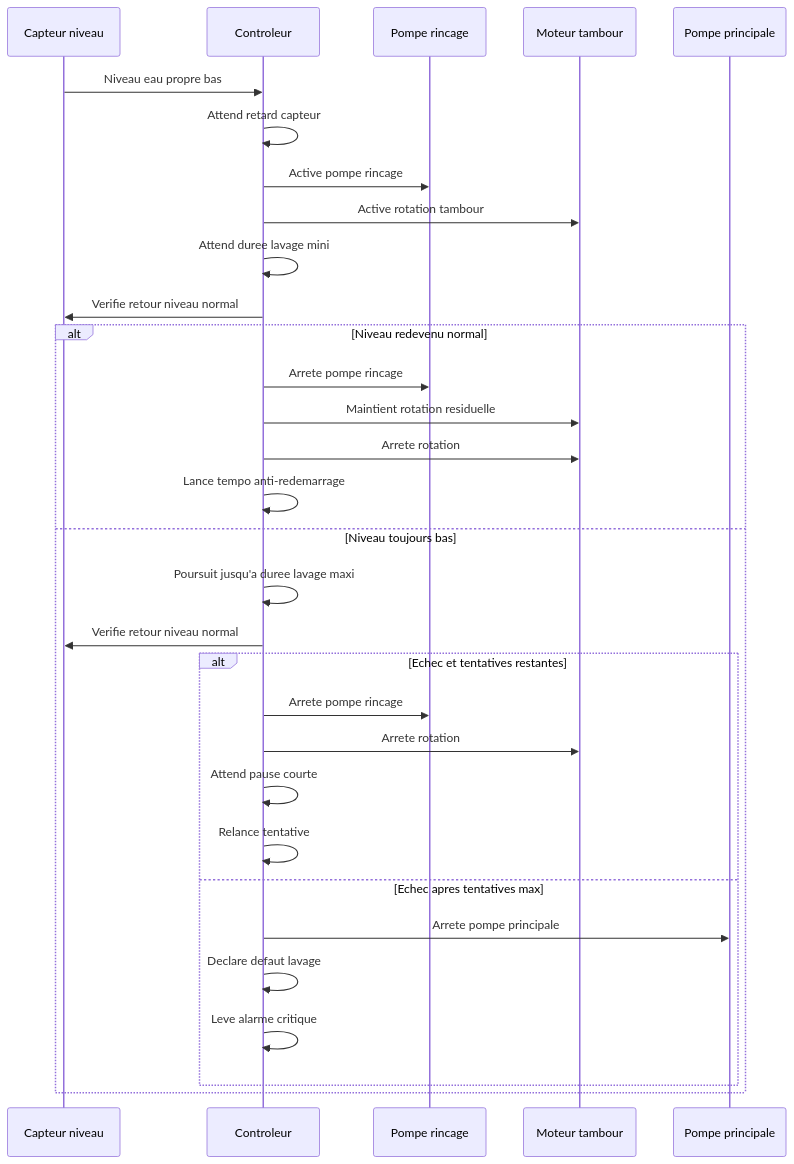
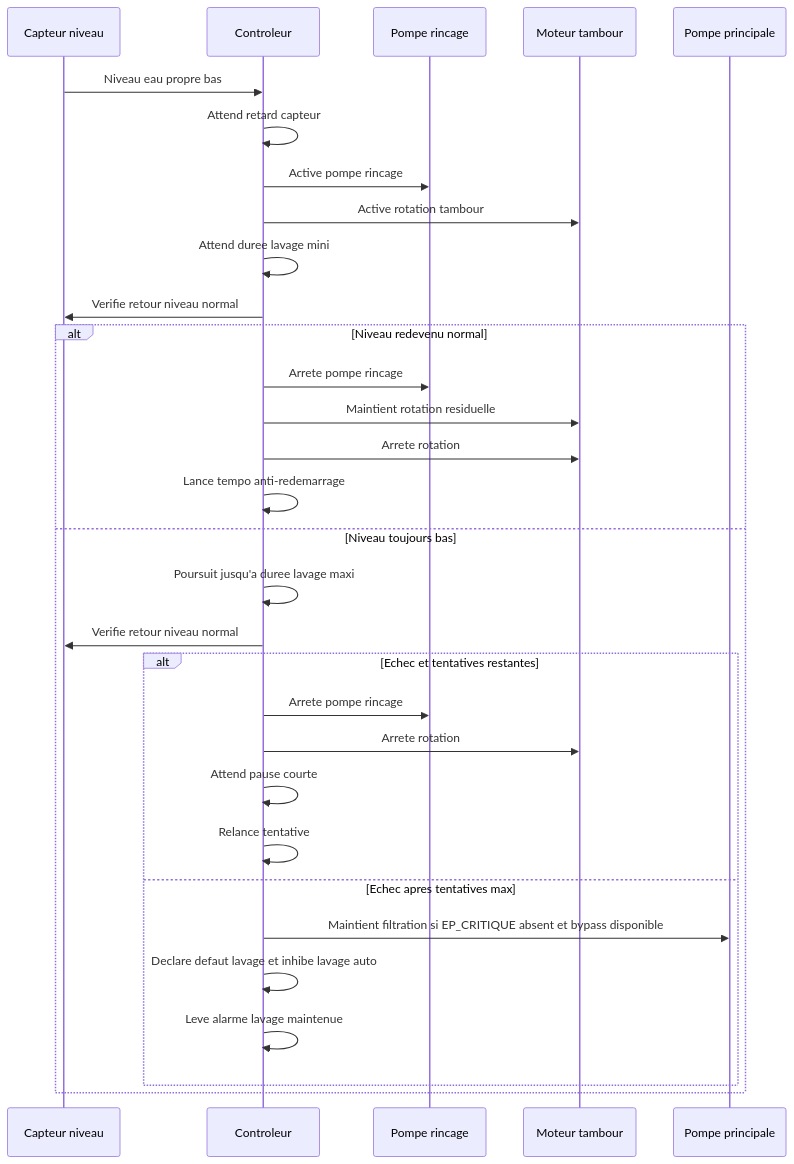
The first of 3 diagrams in docs/specification/02-exigences-fonctionnelles.md (elbuey76/DrumFilterController), drawn with Mermaid before and after one commit. The commit also changed other lines of this file and 18 other files, not shown here.

````diff
--- a/docs/specification/02-exigences-fonctionnelles.md
+++ b/docs/specification/02-exigences-fonctionnelles.md
@@ -466,34 +649,34 @@
 ```mermaid
 sequenceDiagram
     participant C as Capteur niveau
     participant Ctrl as Controleur
     participant P as Pompe rincage
     participant M as Moteur tambour
     participant PF as Pompe principale
 
     C->>Ctrl: Niveau eau propre bas
     Ctrl->>Ctrl: Attend retard capteur
     Ctrl->>P: Active pompe rincage
     Ctrl->>M: Active rotation tambour
     Ctrl->>Ctrl: Attend duree lavage mini
     Ctrl->>C: Verifie retour niveau normal
     alt Niveau redevenu normal
         Ctrl->>P: Arrete pompe rincage
         Ctrl->>M: Maintient rotation residuelle
         Ctrl->>M: Arrete rotation
         Ctrl->>Ctrl: Lance tempo anti-redemarrage
     else Niveau toujours bas
         Ctrl->>Ctrl: Poursuit jusqu'a duree lavage maxi
         Ctrl->>C: Verifie retour niveau normal
         alt Echec et tentatives restantes
             Ctrl->>P: Arrete pompe rincage
             Ctrl->>M: Arrete rotation
             Ctrl->>Ctrl: Attend pause courte
             Ctrl->>Ctrl: Relance tentative
         else Echec apres tentatives max
-            Ctrl->>PF: Arrete pompe principale
-            Ctrl->>Ctrl: Declare defaut lavage
-            Ctrl->>Ctrl: Leve alarme critique
+            Ctrl->>PF: Maintient filtration si EP_CRITIQUE absent et bypass disponible
+            Ctrl->>Ctrl: Declare defaut lavage et inhibe lavage auto
+            Ctrl->>Ctrl: Leve alarme lavage maintenue
         end
     end
 ```
````
